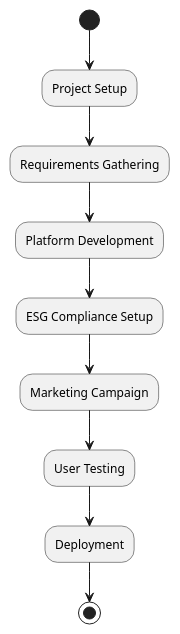
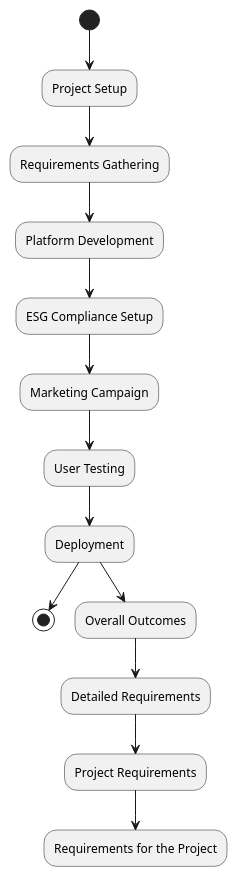
Before and after one commit to BAMANEXCLUSIVE/UniRazak-MVPAssignment: the diagram in docs/project_flow.plantuml, drawn with PlantUML. The commit also changed 1 other file, not shown here.

Commit message:
Add sections for "Overall Outcomes" and "Project Requirements" to project documentation
* Add "Overall Outcomes" section with detailed outcomes in `docs/project_charter.md`
* Add "Project Requirements" section with detailed requirements in `docs/project_charter.md`
* Add "Overall Outcomes" section to `docs/project_flow.plantuml`
* Add "Detailed Requirements" and "Project Requirements" sections to `docs/project_flow.plantuml`

```diff
--- a/docs/project_flow.plantuml
+++ b/docs/project_flow.plantuml
@@ -1,10 +1,15 @@
 @startuml
 (*) --> "Project Setup"
 "Project Setup" --> "Requirements Gathering"
 "Requirements Gathering" --> "Platform Development"
 "Platform Development" --> "ESG Compliance Setup"
 "ESG Compliance Setup" --> "Marketing Campaign"
 "Marketing Campaign" --> "User Testing"
 "User Testing" --> "Deployment"
 "Deployment" --> (*)
+
+"Deployment" --> "Overall Outcomes"
+"Overall Outcomes" --> "Detailed Requirements"
+"Detailed Requirements" --> "Project Requirements"
+"Project Requirements" --> "Requirements for the Project"
 @enduml
```
